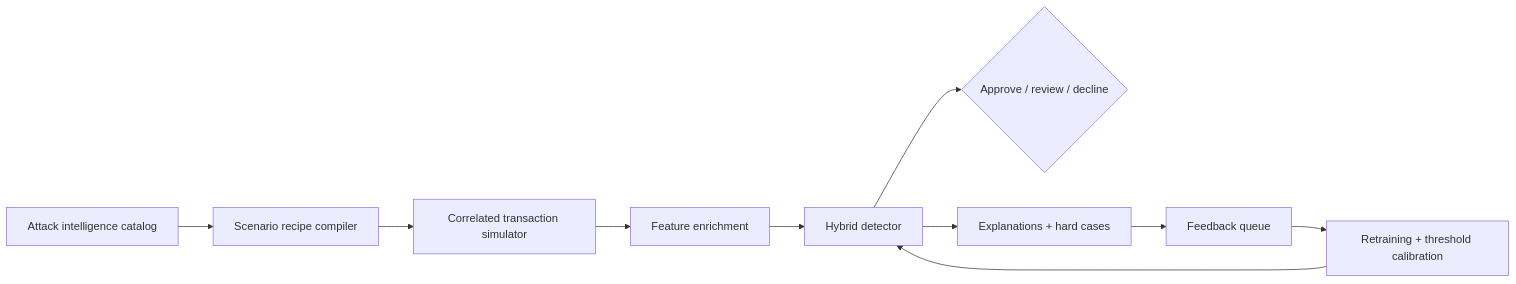
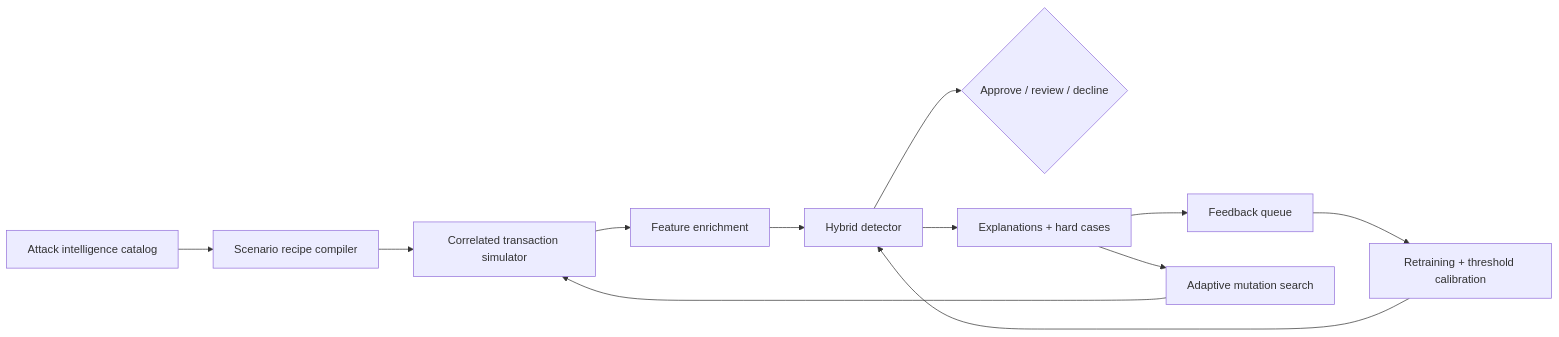
Before and after one commit to agnishant14/MasterShield: the diagram in docs/architecture.md, drawn with Mermaid. The commit also changed other lines of this file and 13 other files, not shown here.

Commit message:
Added deterministic adaptive red-team mutation engine

````diff
--- a/docs/architecture.md
+++ b/docs/architecture.md
@@ -5,12 +5,14 @@
 ```mermaid
 flowchart LR
     A[Attack intelligence catalog] --> B[Scenario recipe compiler]
     B --> C[Correlated transaction simulator]
     C --> D[Feature enrichment]
     D --> E[Hybrid detector]
     E --> F{Approve / review / decline}
     E --> G[Explanations + hard cases]
     G --> H[Feedback queue]
+    G --> J[Adaptive mutation search]
+    J --> C
     H --> I[Retraining + threshold calibration]
     I --> E
 ```
````
